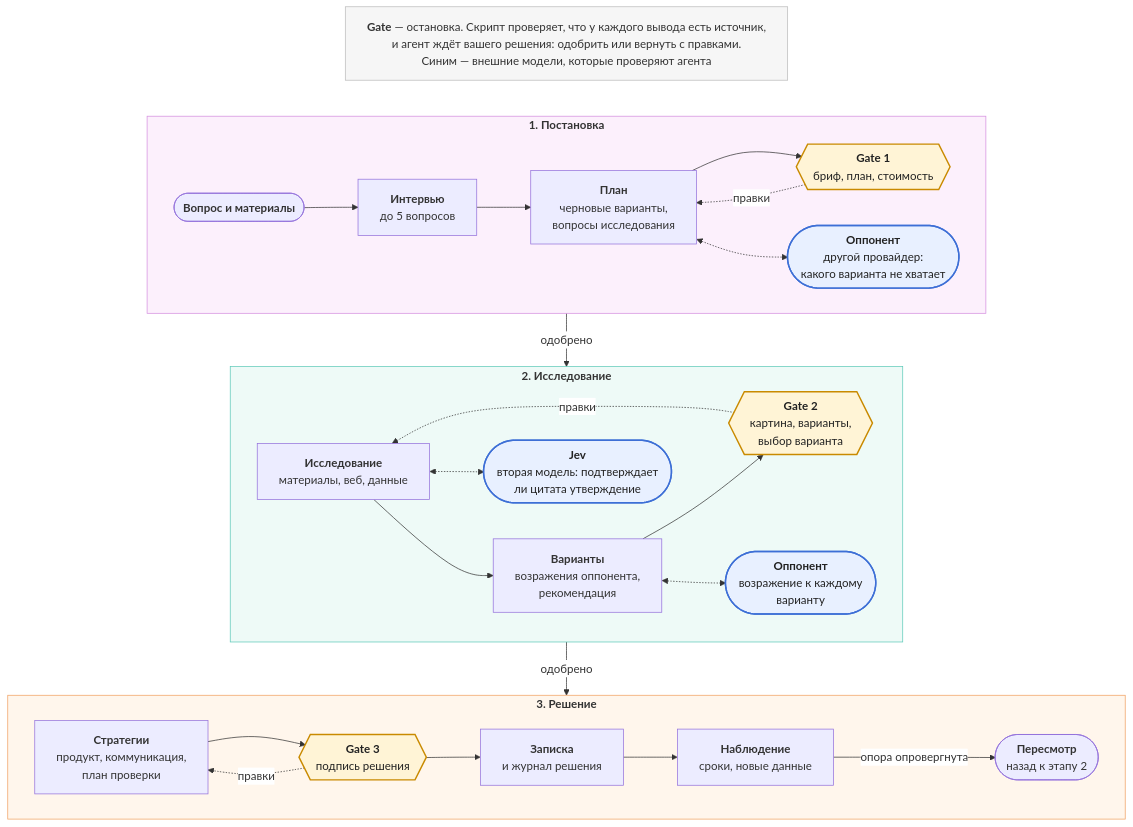
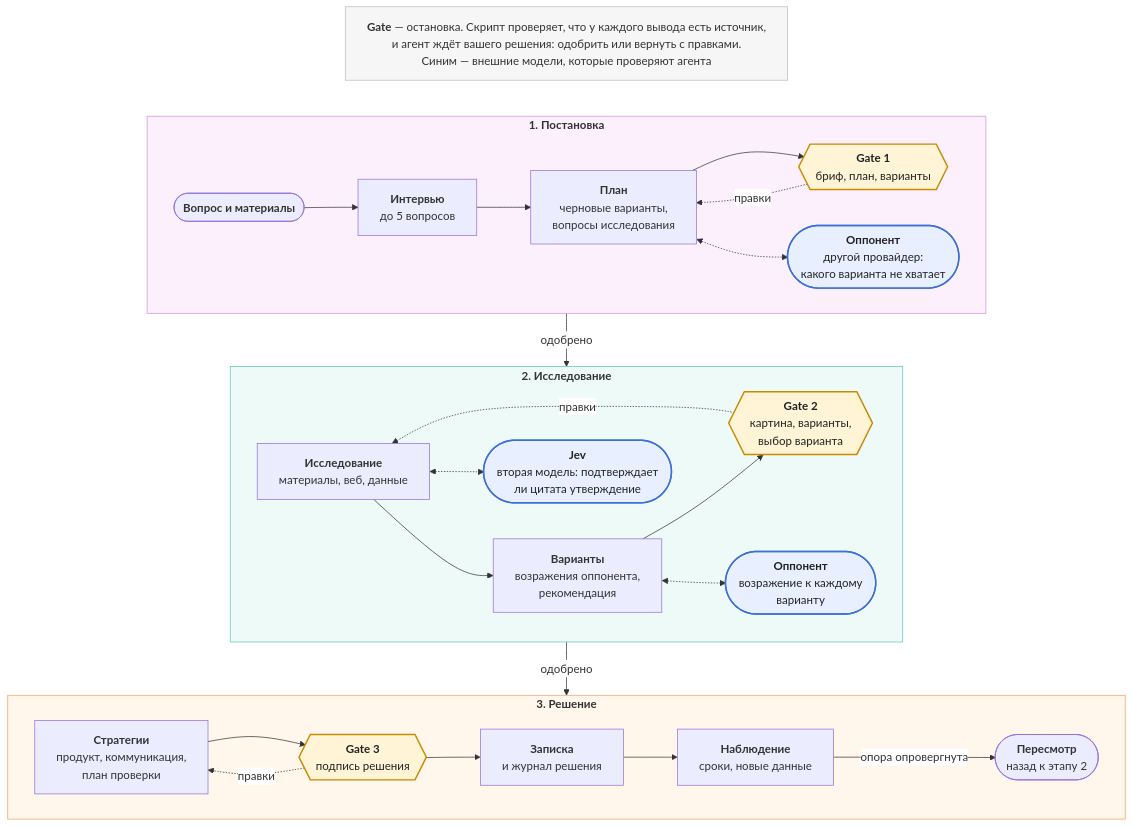
The diagram in README.md (tlqqqqqi/product-strategist-agent), drawn with Mermaid before and after one commit. The commit also changed other lines of this file and 4 other files, not shown here.

````diff
--- a/README.md
+++ b/README.md
@@ -36,39 +36,39 @@
 ```mermaid
 %%{init: {"flowchart": {"wrappingWidth": 600}, "themeVariables": {"edgeLabelBackground": "#ffffff"}, "themeCSS": "[data-id^=L_G1_P] .labelBkg,[data-id^=L_G1_P] p{background-color:#fcf0fc !important}[data-id^=L_G2_R] .labelBkg,[data-id^=L_G2_R] p{background-color:#eefaf7 !important}[data-id^=L_G3_S] .labelBkg,[data-id^=L_G3_S] p{background-color:#fff6ec !important}"}}%%
 flowchart TB
     L["`**Gate** — остановка. Скрипт проверяет, что у каждого вывода есть источник,
 и агент ждёт вашего решения: одобрить или вернуть с правками.
 Синим — внешние модели, которые проверяют агента`"]
 
     subgraph s1 ["<b>1. Постановка</b>"]
         direction LR
-        U(["<b>Вопрос и материалы</b>"]) --> I["<b>Интервью</b><br/>до 5 вопросов"] --> P["<b>План</b><br/>черновые варианты,<br/>вопросы исследования"] --> G1{{"<b>Gate 1</b><br/>бриф, план, стоимость"}}
+        U(["<b>Вопрос и материалы</b>"]) --> I["<b>Интервью</b><br/>до 5 вопросов"] --> P["<b>План</b><br/>черновые варианты,<br/>вопросы исследования"] --> G1{{"<b>Gate 1</b><br/>бриф, план, варианты"}}
         G1 -. правки .-> P
         P <-.-> X1(["<b>Оппонент</b><br/>другой провайдер:<br/>какого варианта не хватает"])
     end
     subgraph s2 ["<b>2. Исследование</b>"]
         direction LR
         R["<b>Исследование</b><br/>материалы, веб, данные"] --> O["<b>Варианты</b><br/>возражения оппонента,<br/>рекомендация"] --> G2{{"<b>Gate 2</b><br/>картина, варианты,<br/>выбор варианта"}}
         G2 -. правки .-> R
         R <-.-> J(["<b>Jev</b><br/>вторая модель: подтверждает<br/>ли цитата утверждение"])
         O <-.-> X2(["<b>Оппонент</b><br/>возражение к каждому<br/>варианту"])
     end
     subgraph s3 ["<b>3. Решение</b>"]
         direction LR
         S["<b>Стратегии</b><br/>продукт, коммуникация,<br/>план проверки"] --> G3{{"<b>Gate 3</b><br/>подпись решения"}} --> M["<b>Записка</b><br/>и журнал решения"] --> W["<b>Наблюдение</b><br/>сроки, новые данные"] -- "опора опровергнута" --> V(["<b>Пересмотр</b><br/>назад к этапу 2"])
         G3 -. правки .-> S
     end
     L ~~~ s1
     s1 -- одобрено --> s2
     s2 -- одобрено --> s3
 
     classDef gate fill:#fff4d6,stroke:#c98a00,stroke-width:2px,color:#222
     classDef note fill:#f6f6f6,stroke:#bbbbbb,color:#333
     class G1,G2,G3 gate
     classDef ext fill:#e8f0ff,stroke:#3d6fd6,stroke-width:2px,color:#222
     class L note
     class X1,X2,J ext
     style s1 fill:#fcf0fc,stroke:#d58fe0
     style s2 fill:#eefaf7,stroke:#5cc9b8
     style s3 fill:#fff6ec,stroke:#f0a060
 ```
````
